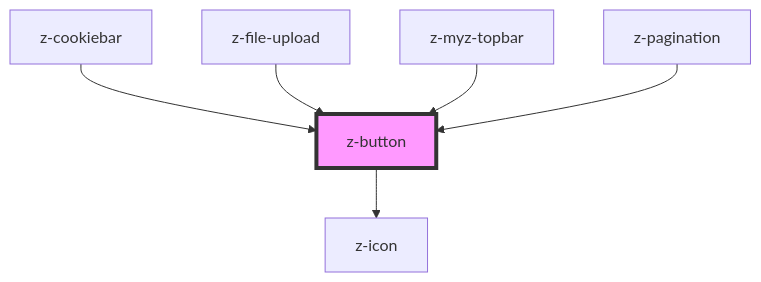
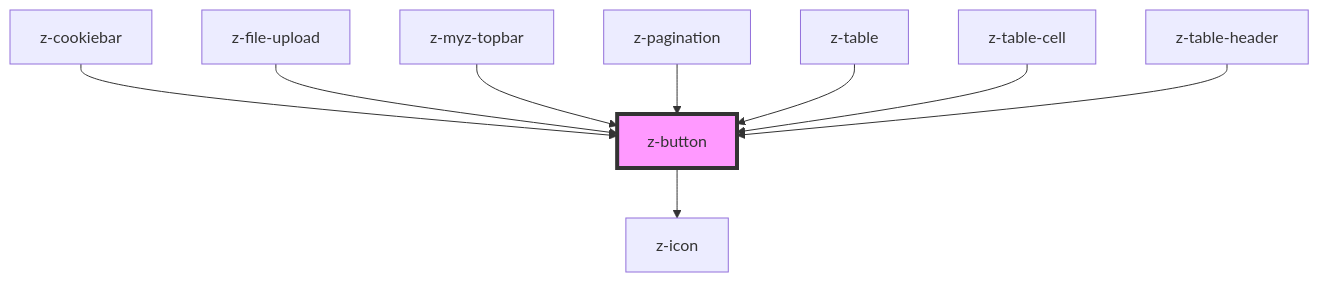
Before and after one commit to ZanichelliEditore/design-system: the diagram in src/components/buttons/z-button/readme.md, drawn with Mermaid. The commit also changed other lines of this file and 13 other files, not shown here.

````diff
--- a/src/components/buttons/z-button/readme.md
+++ b/src/components/buttons/z-button/readme.md
@@ -68,9 +71,12 @@
 ```mermaid
 graph TD;
   z-button --> z-icon
   z-cookiebar --> z-button
   z-file-upload --> z-button
   z-myz-topbar --> z-button
   z-pagination --> z-button
+  z-table --> z-button
+  z-table-cell --> z-button
+  z-table-header --> z-button
   style z-button fill:#f9f,stroke:#333,stroke-width:4px
 ```
````
